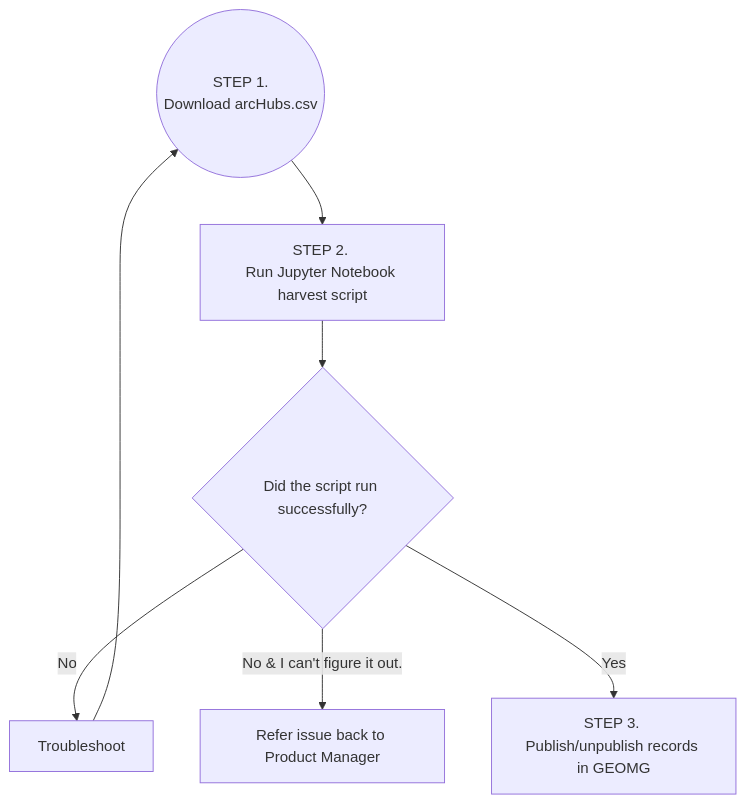
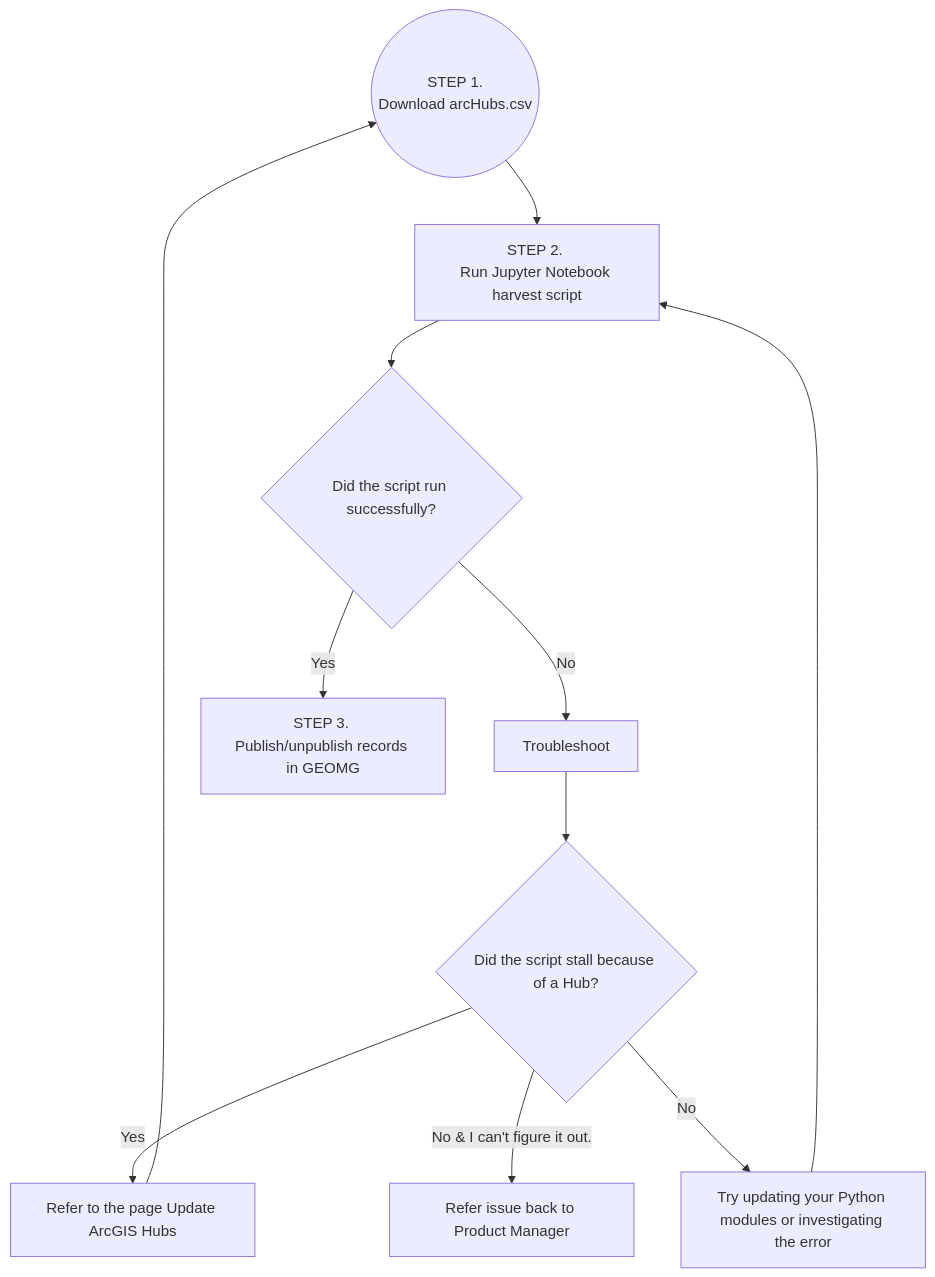
The diagram in docs/recipes/R-01_arcgis-hubs.md (geobtaa/metadata), drawn with Mermaid before and after one commit. The commit also changed other lines of this file, not shown here.

Commit message:
update flowchart

````diff
--- a/docs/recipes/R-01_arcgis-hubs.md
+++ b/docs/recipes/R-01_arcgis-hubs.md
@@ -9,11 +9,15 @@
 ``` mermaid
 graph TB
 
 A((STEP 1. <br>Download arcHubs.csv)) --> B[STEP 2. <br>Run Jupyter Notebook harvest script] ;
 B --> C{Did the script run successfully?};
 C --> |No| D[Troubleshoot];
-D -->A;
-C --> |No & I can't figure it out.| F[Refer issue back to Product Manager];
+D --> H{Did the script stall because of a Hub?};
+H --> |Yes| I[Refer to the page Update ArcGIS Hubs];
+H --> |No & I can't figure it out.| F[Refer issue back to Product Manager];
+H --> |No| J[Try updating your Python modules or investigating the error];
+J --> B;
+I --> A;
 C --> |Yes| E[STEP 3. <br>Publish/unpublish records in GEOMG]; 
 
 ```
````
